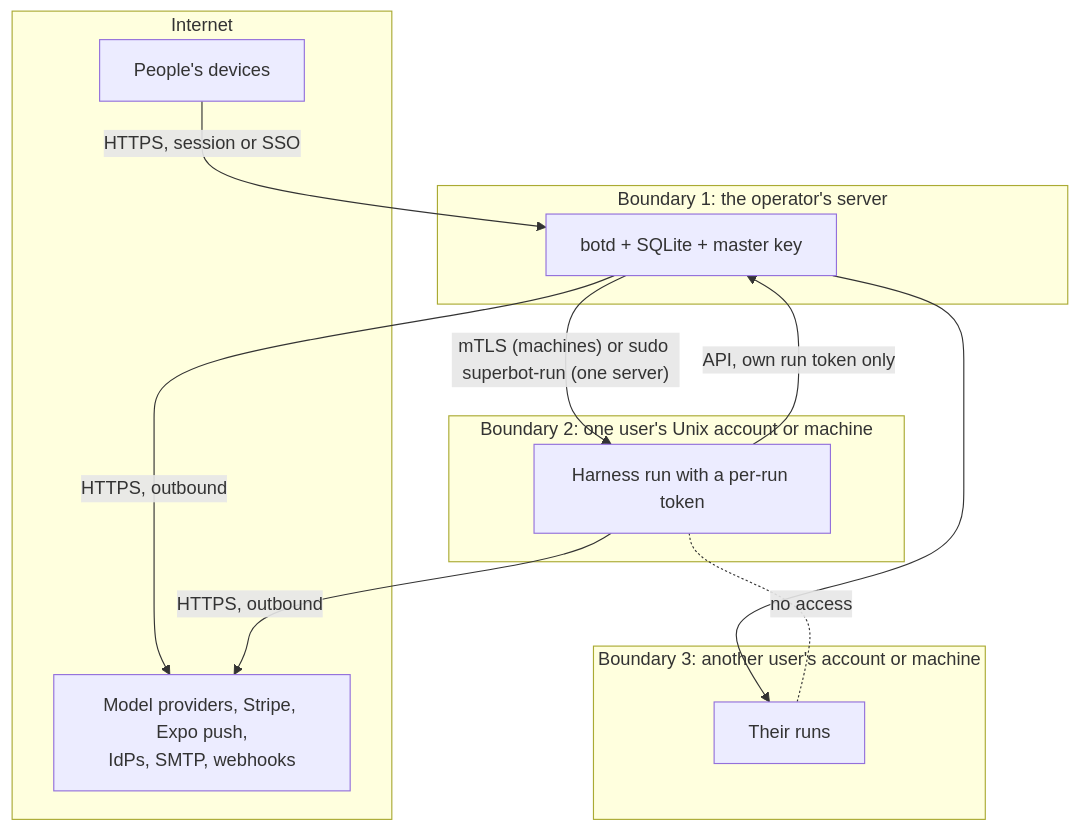
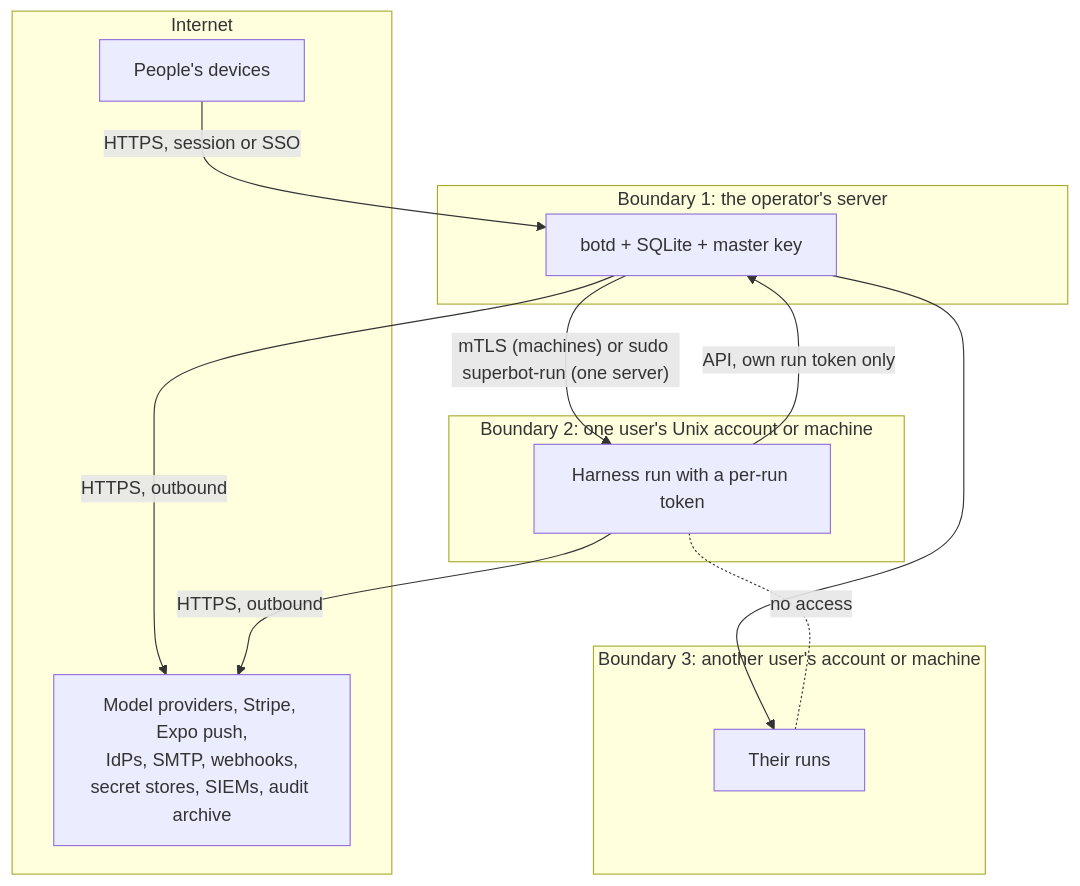
Before and after one commit to CG-Labs/superbot: the third of 3 diagrams in docs/security/architecture.md, drawn with Mermaid. The commit also changed other lines of this file and 8 other files, not shown here.

````diff
--- a/docs/security/architecture.md
+++ b/docs/security/architecture.md
@@ -102,23 +132,23 @@
 ```mermaid
 flowchart TB
   subgraph Internet
     Dev["People's devices"]
-    Ext["Model providers, Stripe, Expo push,<br/>IdPs, SMTP, webhooks"]
+    Ext["Model providers, Stripe, Expo push,<br/>IdPs, SMTP, webhooks,<br/>secret stores, SIEMs, audit archive"]
   end
   subgraph TB1["Boundary 1: the operator's server"]
     Botd["botd + SQLite + master key"]
   end
   subgraph TB2["Boundary 2: one user's Unix account or machine"]
     Run["Harness run with a per-run token"]
   end
   subgraph TB3["Boundary 3: another user's account or machine"]
     Run2["Their runs"]
   end
   Dev -- "HTTPS, session or SSO" --> Botd
   Botd -- "mTLS (machines) or sudo superbot-run (one server)" --> Run
   Botd --> Run2
   Run -.-|no access| Run2
   Run -- "API, own run token only" --> Botd
   Botd -- "HTTPS, outbound" --> Ext
   Run -- "HTTPS, outbound" --> Ext
 ```
````
